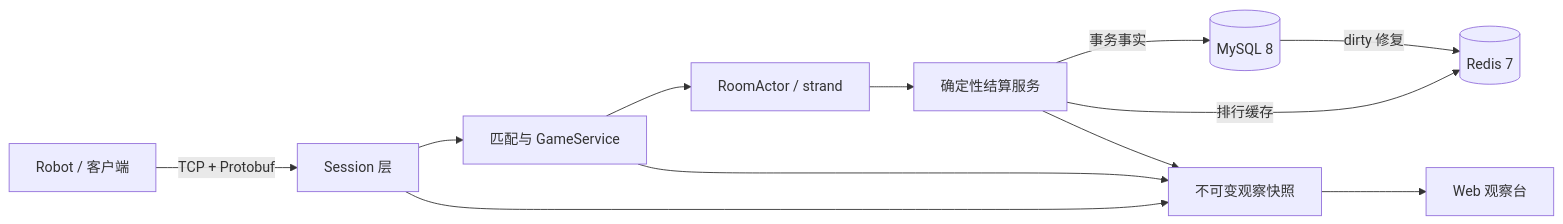
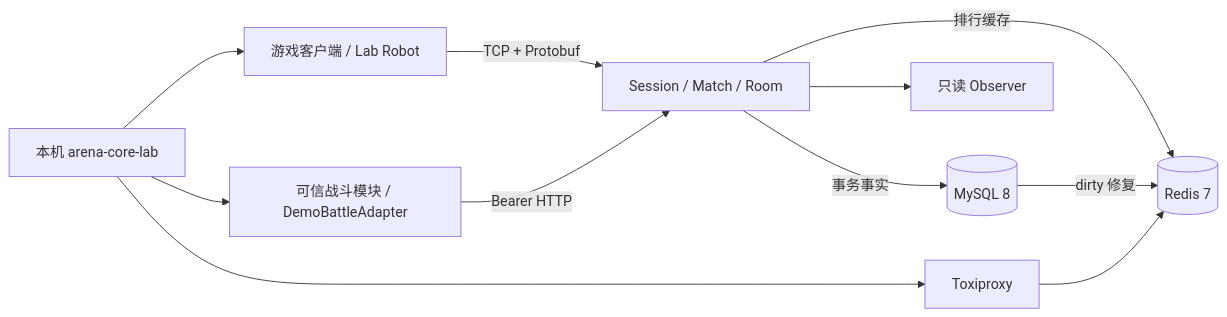
One commit to jingjie2002/arena-core-server changed the diagram in README.md. Above: the diagram before and after it, drawn with Mermaid. The commit also changed other lines of this file and 77 other files, not shown here.

````diff
--- a/README.md
+++ b/README.md
@@ -21,14 +100,13 @@
 ```mermaid
 flowchart LR
-  R["Robot / 客户端"] -->|"TCP + Protobuf"| S["Session 层"]
-  S --> G["匹配与 GameService"]
-  G --> A["RoomActor / strand"]
-  A --> P["确定性结算服务"]
-  P -->|"事务事实"| M[("MySQL 8")]
-  P -->|"排行缓存"| C[("Redis 7")]
-  M -->|"dirty 修复"| C
-  S --> O["不可变观察快照"]
-  G --> O
-  P --> O
-  O --> W["Web 观察台"]
+  C["游戏客户端 / Lab Robot"] -->|"TCP + Protobuf"| S["Session / Match / Room"]
+  B["可信战斗模块 / DemoBattleAdapter"] -->|"Bearer HTTP"| S
+  S -->|"事务事实"| M[("MySQL 8")]
+  S -->|"排行缓存"| R[("Redis 7")]
+  M -->|"dirty 修复"| R
+  S --> O["只读 Observer"]
+  L["本机 arena-core-lab"] --> C
+  L --> B
+  L --> T["Toxiproxy"]
+  T --> R
 ```
````
